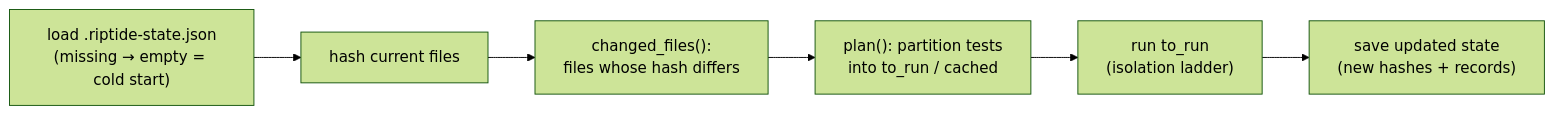
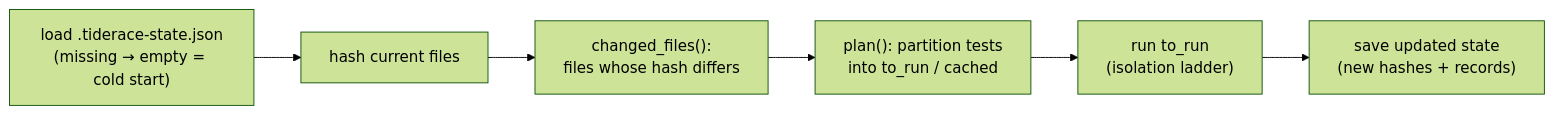
Before and after one commit to snoodleboot-io/tiderace: the diagram in docs/design/database.md, drawn with Mermaid (forest theme). The commit also changed other lines of this file and 122 other files, not shown here.

First line of the commit message:
rename: riptide -> tiderace across the whole product (#17)

````diff
--- a/docs/design/database.md
+++ b/docs/design/database.md
@@ -35,8 +35,8 @@
 ```mermaid
 flowchart LR
-    LOAD["load .riptide-state.json<br/>(missing → empty = cold start)"] --> HASH["hash current files"]
+    LOAD["load .tiderace-state.json<br/>(missing → empty = cold start)"] --> HASH["hash current files"]
     HASH --> CHG["changed_files():<br/>files whose hash differs"]
     CHG --> PLAN["plan(): partition tests<br/>into to_run / cached"]
     PLAN --> RUN["run to_run<br/>(isolation ladder)"]
     RUN --> SAVE["save updated state<br/>(new hashes + records)"]
 ```
````
